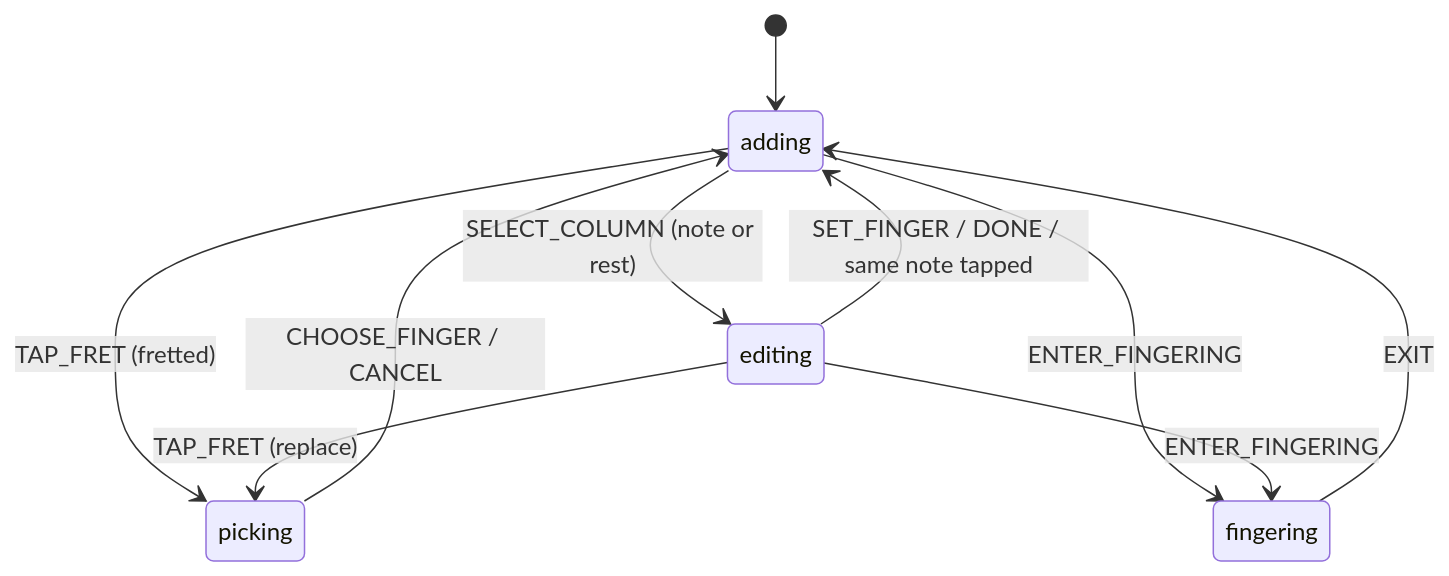
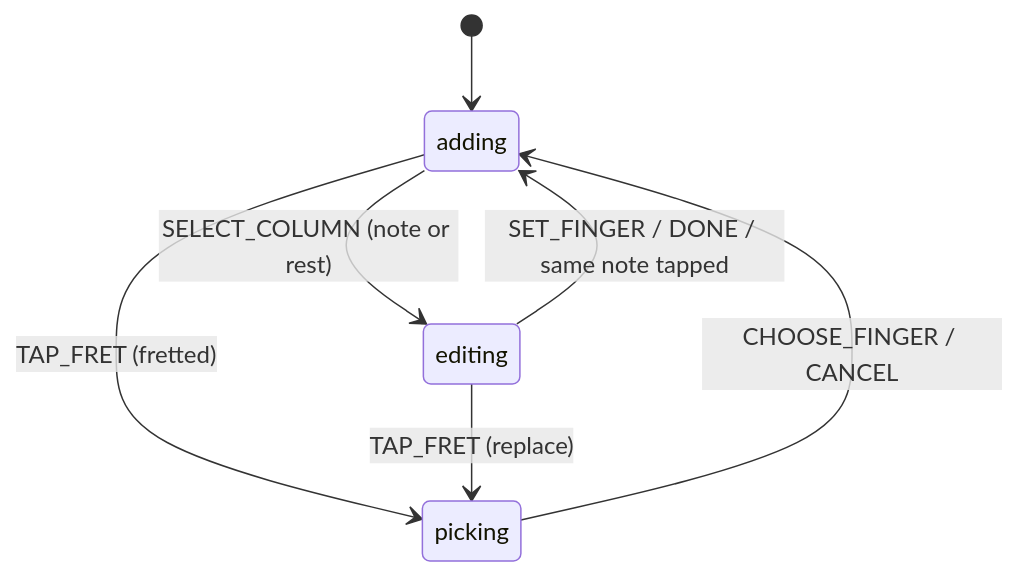
Before and after one commit to Tyler-Suderman/fretpad: the diagram in README.md, drawn with Mermaid. The commit also changed other lines of this file and 17 other files, not shown here.

````diff
--- a/README.md
+++ b/README.md
@@ -56,12 +55,9 @@
 ```mermaid
 stateDiagram-v2
   [*] --> adding
   adding --> picking: TAP_FRET (fretted)
   picking --> adding: CHOOSE_FINGER / CANCEL
   adding --> editing: SELECT_COLUMN (note or rest)
   editing --> picking: TAP_FRET (replace)
   editing --> adding: SET_FINGER / DONE / same note tapped
-  adding --> fingering: ENTER_FINGERING
-  editing --> fingering: ENTER_FINGERING
-  fingering --> adding: EXIT
 ```
````
